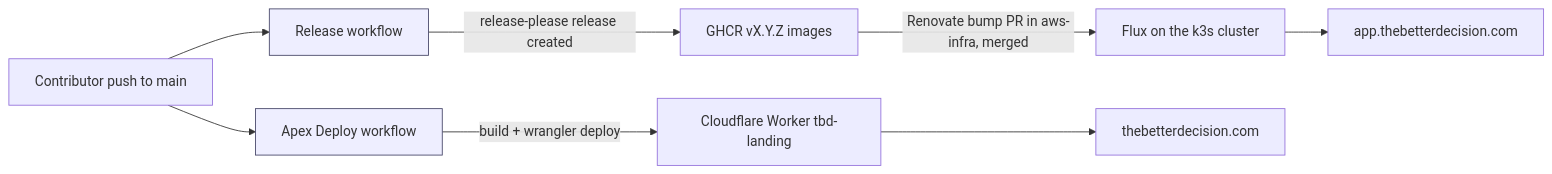
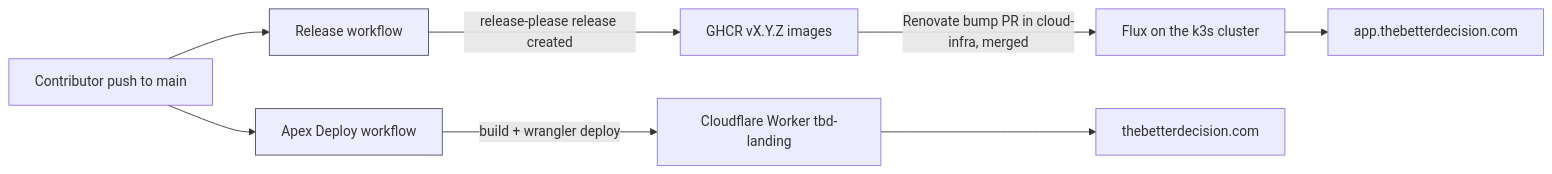
One commit to fjcloudaiconsulting/tbd changed the first of 5 diagrams in docs/operations/DEPLOYMENT.md. Above: the diagram before and after it, drawn with Mermaid. The commit also changed other lines of this file and 19 other files, not shown here.

Commit message:
chore: point aws-infra references at cloud-infra (INFRA-168)

````diff
--- a/docs/operations/DEPLOYMENT.md
+++ b/docs/operations/DEPLOYMENT.md
@@ -18,15 +18,15 @@
 ```mermaid
 flowchart LR
   dev[Contributor push to main] --> rel[Release workflow]
   dev --> apex[Apex Deploy workflow]
 
   rel -->|release-please release created| ghcr[GHCR vX.Y.Z images]
-  ghcr -->|Renovate bump PR in aws-infra, merged| flux[Flux on the k3s cluster]
+  ghcr -->|Renovate bump PR in cloud-infra, merged| flux[Flux on the k3s cluster]
   flux --> appurl[app.thebetterdecision.com]
 
   apex -->|build + wrangler deploy| worker[Cloudflare Worker tbd-landing]
   worker --> apexurl[thebetterdecision.com]
 
   classDef pipe fill:#eef,stroke:#446
   class rel,apex pipe
 ```
````
